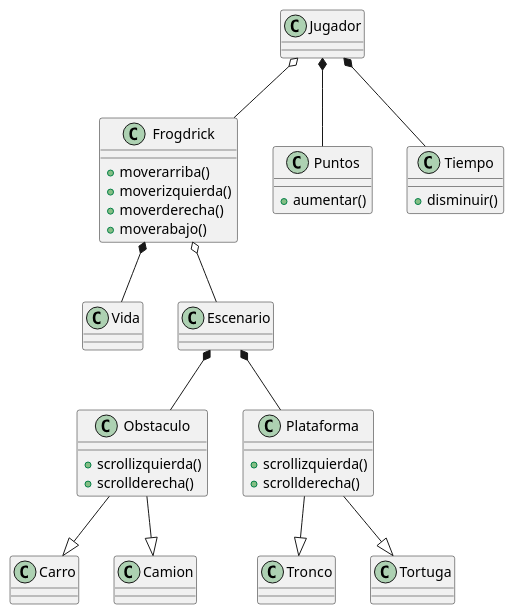
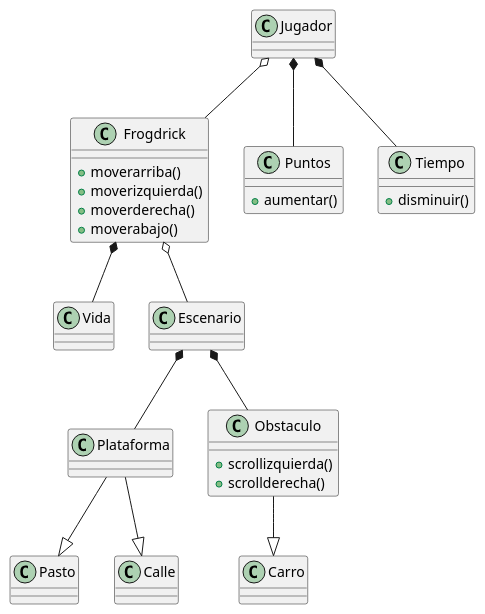
Before and after one commit to Jose-Delgadillo/Frogger-Juego: the diagram in docs/Diagrama_Frogger.puml, drawn with PlantUML. The commit also changed 3 other files, not shown here.

```diff
--- a/docs/Diagrama_Frogger.puml
+++ b/docs/Diagrama_Frogger.puml
@@ -1,41 +1,36 @@
 @startuml
 class Frogdrick{
 +moverarriba()
 +moverizquierda()
 +moverderecha()
 +moverabajo()
 }
 class Jugador
-class Tronco
 class Carro
-class Camion 
+class Plataforma
+class Pasto
+class Calle
 class Puntos{
 +aumentar()
 }
 class Tiempo{
 +disminuir()
 }
 class Vida
 class Escenario
 class Obstaculo{
 +scrollizquierda()
 +scrollderecha()
 }
-class Plataforma{
-+scrollizquierda()
-+scrollderecha()
-}
-class Tortuga
 
 Frogdrick *-- Vida
 Jugador o-- Frogdrick
 Jugador *-- Tiempo
 Jugador *-- Puntos
 Escenario *-- Plataforma
 Escenario *-- Obstaculo
 Obstaculo --|> Carro
-Obstaculo --|> Camion 
-Plataforma --|> Tortuga
-Plataforma --|> Tronco
+Plataforma --|> Pasto
+Plataforma --|> Calle
 Frogdrick o-- Escenario
 @enduml
```
